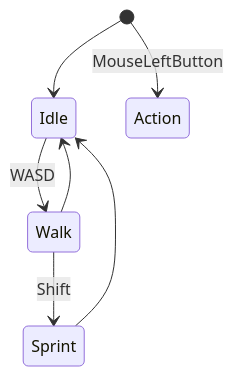
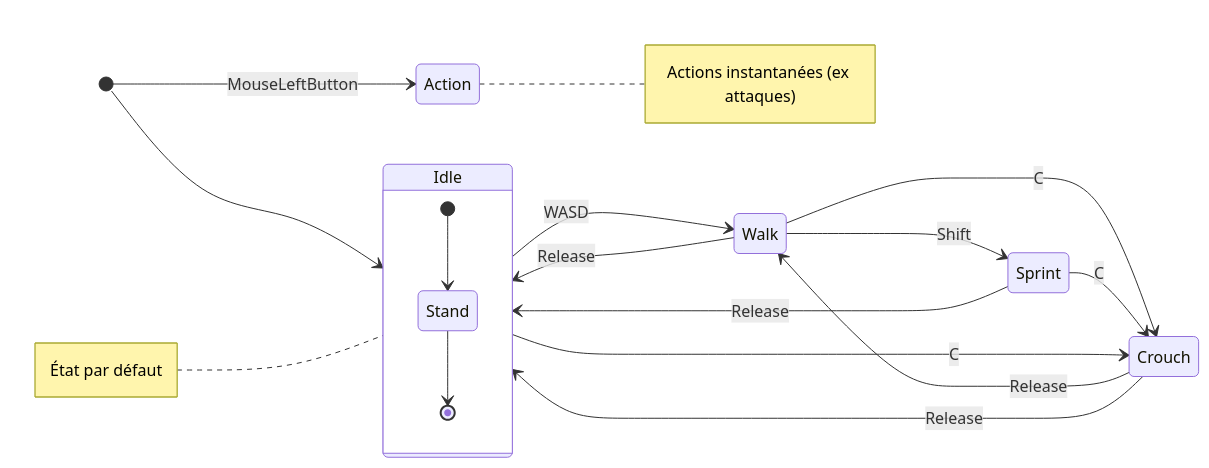
The second of 2 diagrams in README.md (lucidgamesstudio-official/Lost-Signal-DEMO), drawn with Mermaid before and after one commit.

Commit message:
upgrade state machine graph and add crouch in it

````diff
--- a/README.md
+++ b/README.md
@@ -114,15 +114,27 @@
 ```mermaid
 stateDiagram-v2
-	A : Idle
-	B : Walk
-	C : Sprint
-	D : Action
-	
-    [*] --> A
-    [*] --> D: MouseLeftButton
-	
-    A --> B: WASD
-    B --> A
-    B --> C: Shift
-    C --> A
+    direction LR
+
+    [*] --> Idle
+    [*] --> Action: MouseLeftButton
+
+    state Idle {
+        [*] --> Stand
+        Stand --> [*]
+    }
+
+    Idle --> Walk: WASD
+    Walk --> Idle: Release
+    Walk --> Sprint: Shift
+    Sprint --> Idle: Release
+
+    Idle --> Crouch: C
+    Walk --> Crouch: C
+    Sprint --> Crouch: C
+    Crouch --> Idle: Release
+    Crouch --> Walk: Release
+
+    note left of Idle: État par défaut
+    note right of Action: Actions instantanées (ex attaques)
+
 ```
````
